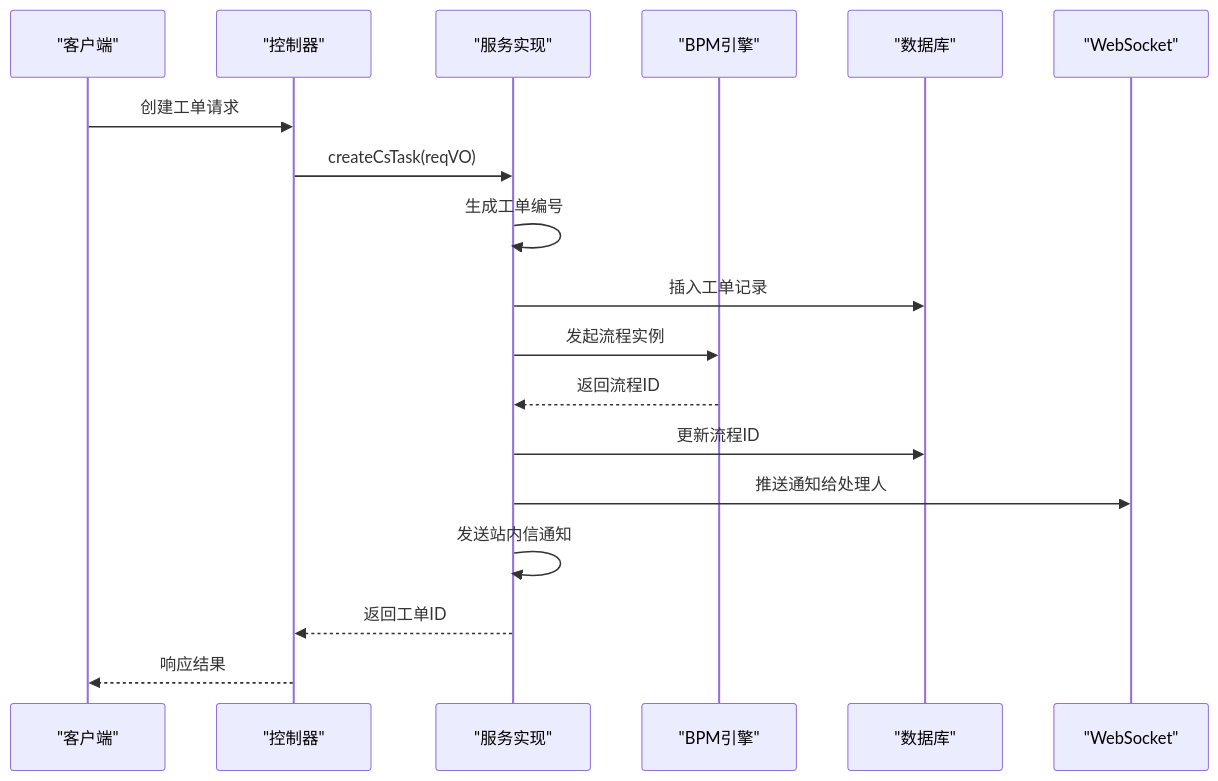
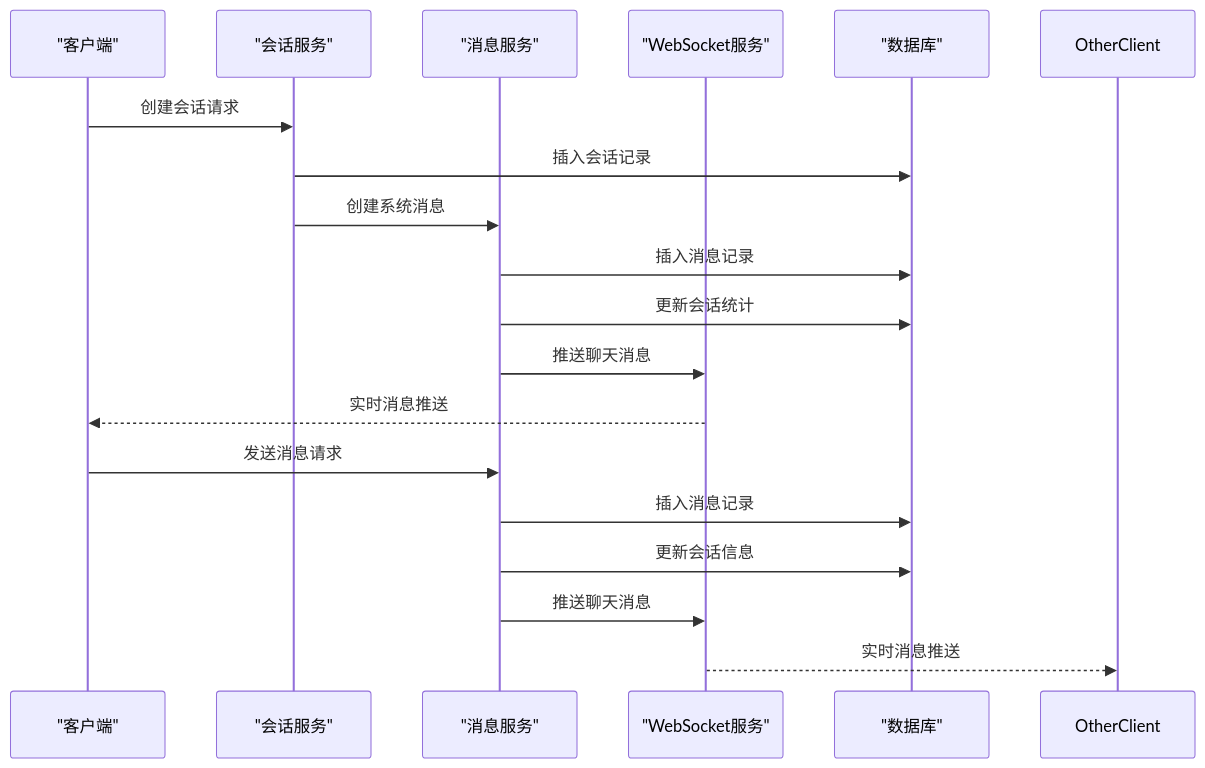
One commit to xiaoche80s-tech/rouyi-vue-pro changed the fourth of 16 diagrams in .qoder/repowiki/zh/content/核心模块/客户服务模块.md. Above: the diagram before and after it, drawn with Mermaid. The commit also changed other lines of this file and 598 other files, not shown here.

````diff
--- a/.qoder/repowiki/zh/content/核心模块/客户服务模块.md
+++ b/.qoder/repowiki/zh/content/核心模块/客户服务模块.md
@@ -231,20 +295,20 @@
 ```mermaid
 sequenceDiagram
 participant Client as "客户端"
-participant Controller as "控制器"
-participant Service as "服务实现"
-participant BPM as "BPM引擎"
-participant DB as "数据库"
-participant WS as "WebSocket"
-Client->>Controller : 创建工单请求
-Controller->>Service : createCsTask(reqVO)
-Service->>Service : 生成工单编号
-Service->>DB : 插入工单记录
-Service->>BPM : 发起流程实例
-BPM-->>Service : 返回流程ID
-Service->>DB : 更新流程ID
-Service->>WS : 推送通知给处理人
-Service->>Service : 发送站内信通知
-Service-->>Controller : 返回工单ID
-Controller-->>Client : 响应结果
+participant SessionService as "会话服务"
+participant MessageService as "消息服务"
+participant WebSocket as "WebSocket服务"
+participant Database as "数据库"
+Client->>SessionService : 创建会话请求
+SessionService->>Database : 插入会话记录
+SessionService->>MessageService : 创建系统消息
+MessageService->>Database : 插入消息记录
+MessageService->>Database : 更新会话统计
+MessageService->>WebSocket : 推送聊天消息
+WebSocket-->>Client : 实时消息推送
+Client->>MessageService : 发送消息请求
+MessageService->>Database : 插入消息记录
+MessageService->>Database : 更新会话信息
+MessageService->>WebSocket : 推送聊天消息
+WebSocket-->>OtherClient : 实时消息推送
 ```
````
